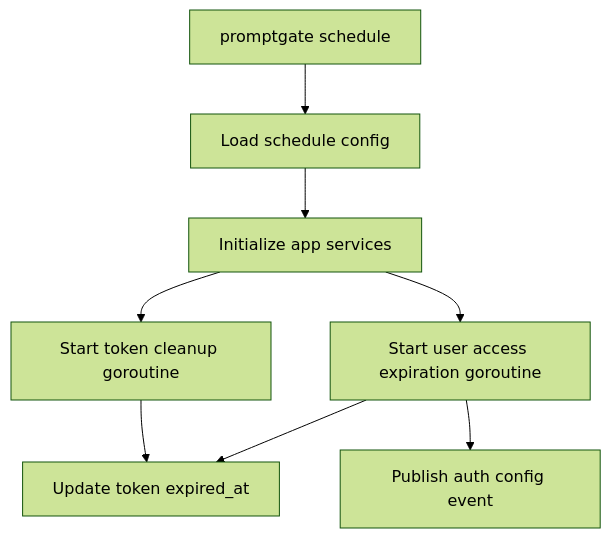
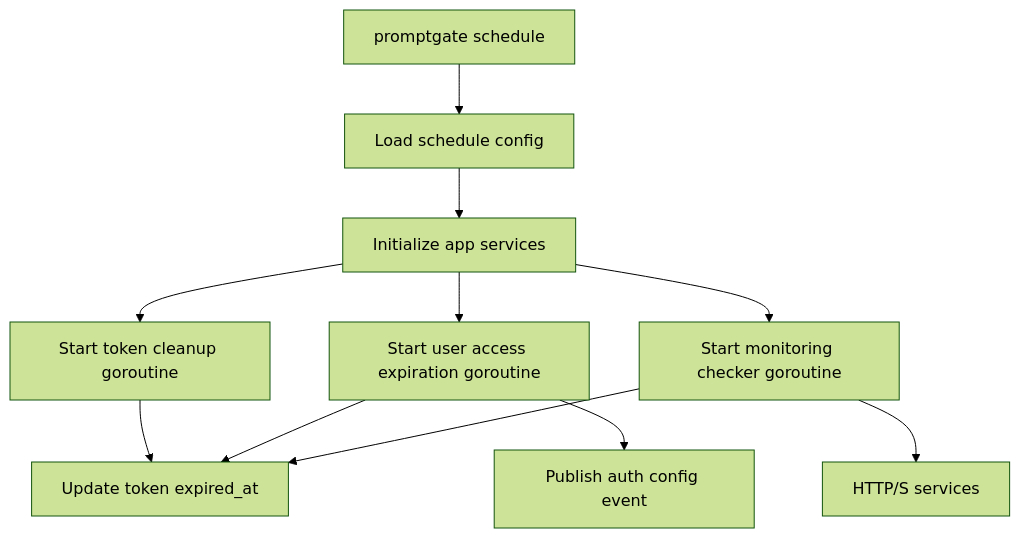
Before and after one commit to thomas-illiet/prompt-gate: the diagram in docs/scheduler.md, drawn with Mermaid (forest theme). The commit also changed other lines of this file and 24 other files, not shown here.

````diff
--- a/docs/scheduler.md
+++ b/docs/scheduler.md
@@ -25,10 +27,13 @@
 ```mermaid
 flowchart TD
     Start["promptgate schedule"] --> Config["Load schedule config"]
     Config --> App["Initialize app services"]
     App --> TokenJob["Start token cleanup goroutine"]
     App --> AccessJob["Start user access expiration goroutine"]
+    App --> MonitoringJob["Start monitoring checker goroutine"]
     TokenJob --> DB["Update token expired_at"]
     AccessJob --> DB
     AccessJob --> Redis["Publish auth config event"]
+    MonitoringJob --> DB
+    MonitoringJob --> HTTP["HTTP/S services"]
 ```
````
